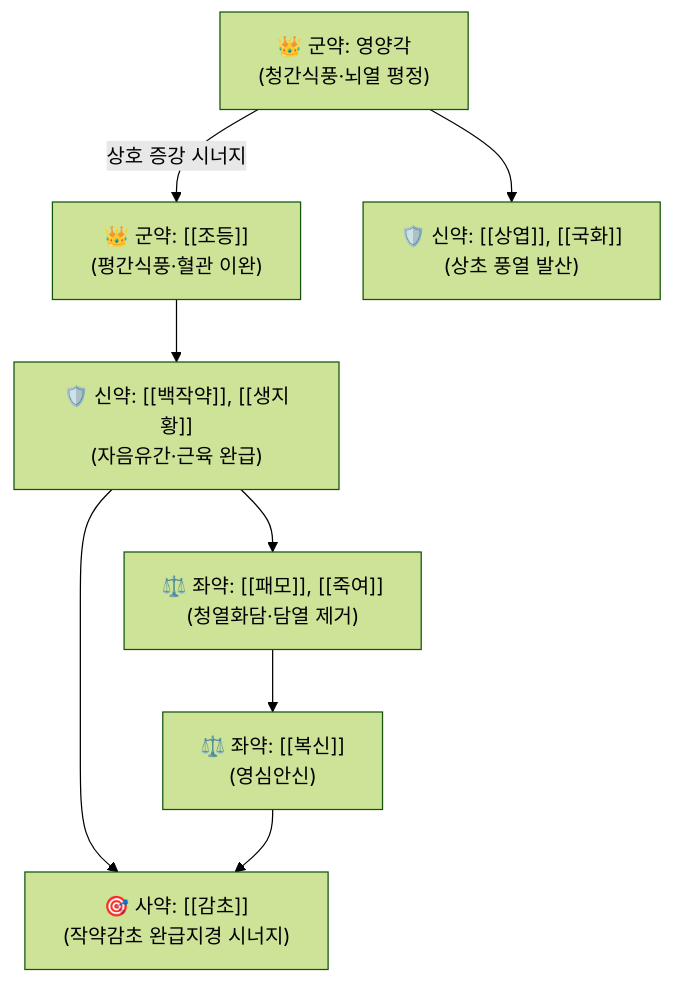
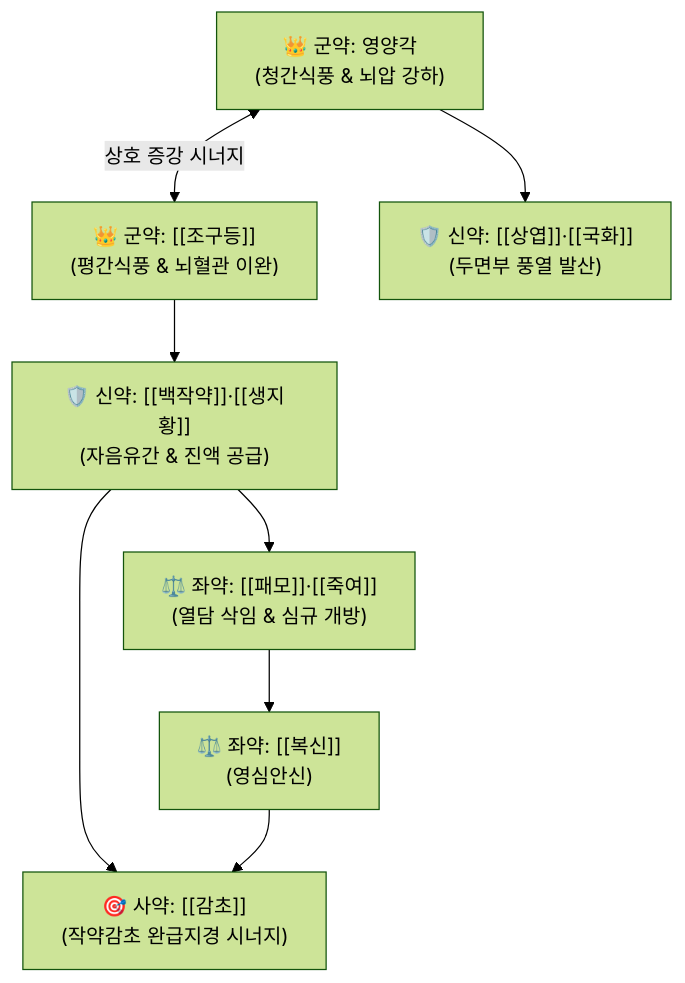
Before and after one commit to simbio11/simbio-digital-garden2: the diagram in content/2. 약리 공부/처방/08_치풍·안신·개규제/영각구등탕.md, drawn with Mermaid (forest theme). The commit also changed other lines of this file and 799 other files, not shown here.

````diff
--- a/content/2. 약리 공부/처방/08_치풍·안신·개규제/영각구등탕.md
+++ b/content/2. 약리 공부/처방/08_치풍·안신·개규제/영각구등탕.md
@@ -41,10 +47,10 @@
 ```mermaid
 graph TD
-    Gun1["👑 군약: 영양각<br>(청간식풍·뇌열 평정)"] -->|상호 증강 시너지| Gun2["👑 군약: [[조등]]<br>(평간식풍·혈관 이완)"]
-    Gun1 --> Sin1["🛡️ 신약: [[상엽]], [[국화]]<br>(상초 풍열 발산)"]
-    Gun2 --> Sin2["🛡️ 신약: [[백작약]], [[생지황]]<br>(자음유간·근육 완급)"]
-    Sin2 --> Jwa1["⚖️ 좌약: [[패모]], [[죽여]]<br>(청열화담·담열 제거)"]
+    Gun1["👑 군약: 영양각<br>(청간식풍 & 뇌압 강하)"] <-->|상호 증강 시너지| Gun2["👑 군약: [[조구등]]<br>(평간식풍 & 뇌혈관 이완)"]
+    Gun1 --> Sin1["🛡️ 신약: [[상엽]]·[[국화]]<br>(두면부 풍열 발산)"]
+    Gun2 --> Sin2["🛡️ 신약: [[백작약]]·[[생지황]]<br>(자음유간 & 진액 공급)"]
+    Sin2 --> Jwa1["⚖️ 좌약: [[패모]]·[[죽여]]<br>(열담 삭임 & 심규 개방)"]
     Jwa1 --> Jwa2["⚖️ 좌약: [[복신]]<br>(영심안신)"]
     Sin2 --> Sa["🎯 사약: [[감초]]<br>(작약감초 완급지경 시너지)"]
     Jwa2 --> Sa
 ```
````
